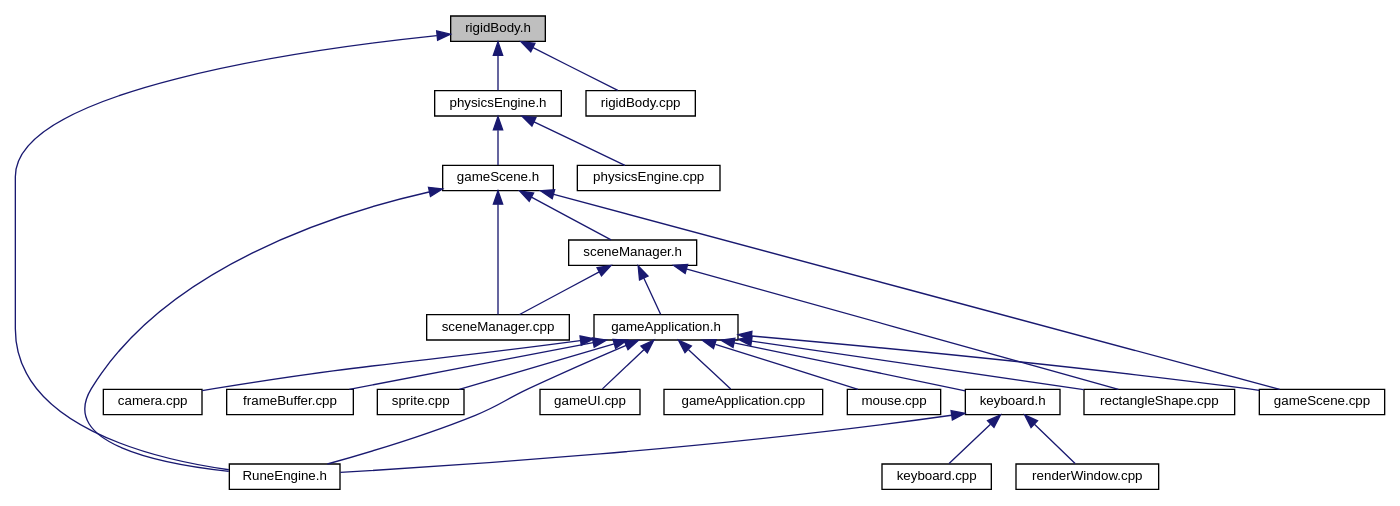
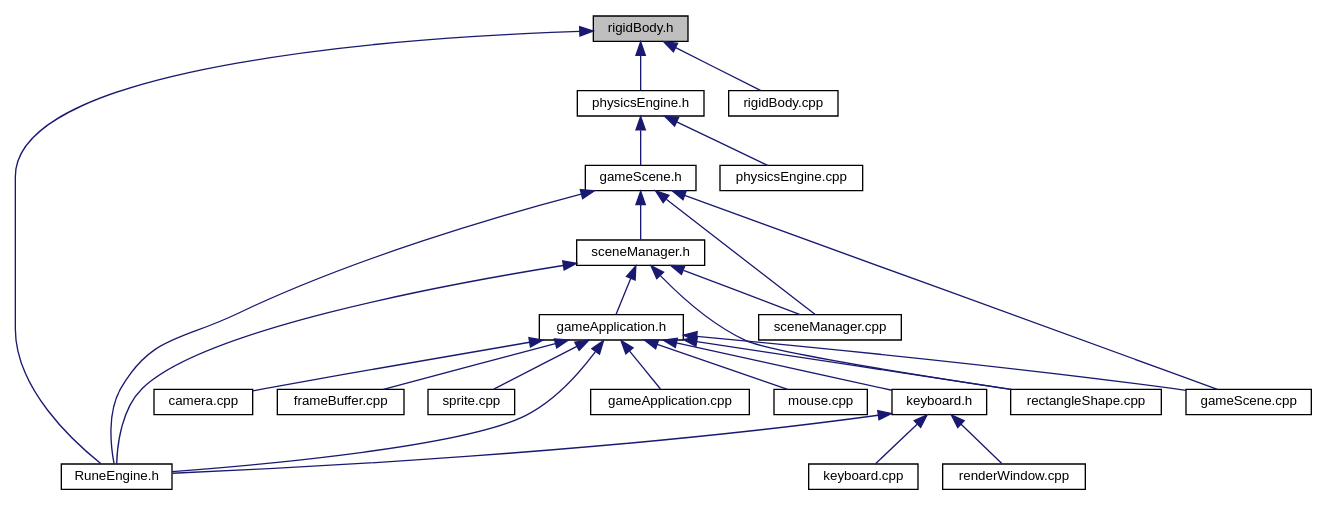
Before and after one commit to thomas-montano/RuneEngine: the diagram in docs/db/d73/rigidBody_8h__dep__incl.dot, drawn with Graphviz. The commit also changed 559 other files, not shown here.

```diff
--- a/docs/db/d73/rigidBody_8h__dep__incl.dot
+++ b/docs/db/d73/rigidBody_8h__dep__incl.dot
@@ -1,51 +1,50 @@
 digraph "rigidBody.h"
 {
  // LATEX_PDF_SIZE
   edge [fontname="Helvetica",fontsize="10",labelfontname="Helvetica",labelfontsize="10"];
   node [fontname="Helvetica",fontsize="10",shape=record];
   Node1 [label="rigidBody.h",height=0.2,width=0.4,color="black", fillcolor="grey75", style="filled", fontcolor="black",tooltip=" "];
   Node1 -> Node2 [dir="back",color="midnightblue",fontsize="10",style="solid",fontname="Helvetica"];
   Node2 [label="physicsEngine.h",height=0.2,width=0.4,color="black", fillcolor="white", style="filled",URL="$d5/dae/physicsEngine_8h.html",tooltip=" "];
   Node2 -> Node3 [dir="back",color="midnightblue",fontsize="10",style="solid",fontname="Helvetica"];
   Node3 [label="physicsEngine.cpp",height=0.2,width=0.4,color="black", fillcolor="white", style="filled",URL="$db/d0c/physicsEngine_8cpp.html",tooltip=" "];
   Node2 -> Node4 [dir="back",color="midnightblue",fontsize="10",style="solid",fontname="Helvetica"];
   Node4 [label="gameScene.h",height=0.2,width=0.4,color="black", fillcolor="white", style="filled",URL="$db/def/gameScene_8h.html",tooltip=" "];
   Node4 -> Node5 [dir="back",color="midnightblue",fontsize="10",style="solid",fontname="Helvetica"];
   Node5 [label="RuneEngine.h",height=0.2,width=0.4,color="black", fillcolor="white", style="filled",URL="$db/d33/RuneEngine_8h.html",tooltip=" "];
   Node4 -> Node6 [dir="back",color="midnightblue",fontsize="10",style="solid",fontname="Helvetica"];
   Node6 [label="gameScene.cpp",height=0.2,width=0.4,color="black", fillcolor="white", style="filled",URL="$d7/d59/gameScene_8cpp.html",tooltip=" "];
   Node4 -> Node7 [dir="back",color="midnightblue",fontsize="10",style="solid",fontname="Helvetica"];
   Node7 [label="sceneManager.h",height=0.2,width=0.4,color="black", fillcolor="white", style="filled",URL="$dc/dc7/sceneManager_8h.html",tooltip=" "];
   Node7 -> Node8 [dir="back",color="midnightblue",fontsize="10",style="solid",fontname="Helvetica"];
   Node8 [label="gameApplication.h",height=0.2,width=0.4,color="black", fillcolor="white", style="filled",URL="$d0/d4f/gameApplication_8h.html",tooltip=" "];
   Node8 -> Node9 [dir="back",color="midnightblue",fontsize="10",style="solid",fontname="Helvetica"];
-  Node9 [label="gameUI.cpp",height=0.2,width=0.4,color="black", fillcolor="white", style="filled",URL="$d9/dd1/gameUI_8cpp.html",tooltip=" "];
+  Node9 [label="gameApplication.cpp",height=0.2,width=0.4,color="black", fillcolor="white", style="filled",URL="$da/ded/gameApplication_8cpp.html",tooltip=" "];
   Node8 -> Node10 [dir="back",color="midnightblue",fontsize="10",style="solid",fontname="Helvetica"];
-  Node10 [label="gameApplication.cpp",height=0.2,width=0.4,color="black", fillcolor="white", style="filled",URL="$da/ded/gameApplication_8cpp.html",tooltip=" "];
-  Node8 -> Node11 [dir="back",color="midnightblue",fontsize="10",style="solid",fontname="Helvetica"];
-  Node11 [label="keyboard.h",height=0.2,width=0.4,color="black", fillcolor="white", style="filled",URL="$d6/da0/keyboard_8h.html",tooltip=" "];
-  Node11 -> Node12 [dir="back",color="midnightblue",fontsize="10",style="solid",fontname="Helvetica"];
-  Node12 [label="keyboard.cpp",height=0.2,width=0.4,color="black", fillcolor="white", style="filled",URL="$d7/df5/keyboard_8cpp.html",tooltip=" "];
-  Node11 -> Node13 [dir="back",color="midnightblue",fontsize="10",style="solid",fontname="Helvetica"];
-  Node13 [label="renderWindow.cpp",height=0.2,width=0.4,color="black", fillcolor="white", style="filled",URL="$d8/d5a/renderWindow_8cpp.html",tooltip=" "];
-  Node11 -> Node5 [dir="back",color="midnightblue",fontsize="10",style="solid",fontname="Helvetica"];
+  Node10 [label="keyboard.h",height=0.2,width=0.4,color="black", fillcolor="white", style="filled",URL="$d6/da0/keyboard_8h.html",tooltip=" "];
+  Node10 -> Node11 [dir="back",color="midnightblue",fontsize="10",style="solid",fontname="Helvetica"];
+  Node11 [label="keyboard.cpp",height=0.2,width=0.4,color="black", fillcolor="white", style="filled",URL="$d7/df5/keyboard_8cpp.html",tooltip=" "];
+  Node10 -> Node12 [dir="back",color="midnightblue",fontsize="10",style="solid",fontname="Helvetica"];
+  Node12 [label="renderWindow.cpp",height=0.2,width=0.4,color="black", fillcolor="white", style="filled",URL="$d8/d5a/renderWindow_8cpp.html",tooltip=" "];
+  Node10 -> Node5 [dir="back",color="midnightblue",fontsize="10",style="solid",fontname="Helvetica"];
+  Node8 -> Node13 [dir="back",color="midnightblue",fontsize="10",style="solid",fontname="Helvetica"];
+  Node13 [label="mouse.cpp",height=0.2,width=0.4,color="black", fillcolor="white", style="filled",URL="$d1/d75/mouse_8cpp.html",tooltip=" "];
   Node8 -> Node14 [dir="back",color="midnightblue",fontsize="10",style="solid",fontname="Helvetica"];
-  Node14 [label="mouse.cpp",height=0.2,width=0.4,color="black", fillcolor="white", style="filled",URL="$d1/d75/mouse_8cpp.html",tooltip=" "];
+  Node14 [label="camera.cpp",height=0.2,width=0.4,color="black", fillcolor="white", style="filled",URL="$d1/d6b/camera_8cpp.html",tooltip=" "];
   Node8 -> Node15 [dir="back",color="midnightblue",fontsize="10",style="solid",fontname="Helvetica"];
-  Node15 [label="camera.cpp",height=0.2,width=0.4,color="black", fillcolor="white", style="filled",URL="$d1/d6b/camera_8cpp.html",tooltip=" "];
+  Node15 [label="frameBuffer.cpp",height=0.2,width=0.4,color="black", fillcolor="white", style="filled",URL="$dc/d89/frameBuffer_8cpp.html",tooltip=" "];
   Node8 -> Node16 [dir="back",color="midnightblue",fontsize="10",style="solid",fontname="Helvetica"];
-  Node16 [label="frameBuffer.cpp",height=0.2,width=0.4,color="black", fillcolor="white", style="filled",URL="$dc/d89/frameBuffer_8cpp.html",tooltip=" "];
+  Node16 [label="rectangleShape.cpp",height=0.2,width=0.4,color="black", fillcolor="white", style="filled",URL="$d9/d31/rectangleShape_8cpp.html",tooltip=" "];
   Node8 -> Node17 [dir="back",color="midnightblue",fontsize="10",style="solid",fontname="Helvetica"];
-  Node17 [label="rectangleShape.cpp",height=0.2,width=0.4,color="black", fillcolor="white", style="filled",URL="$d9/d31/rectangleShape_8cpp.html",tooltip=" "];
-  Node8 -> Node18 [dir="back",color="midnightblue",fontsize="10",style="solid",fontname="Helvetica"];
-  Node18 [label="sprite.cpp",height=0.2,width=0.4,color="black", fillcolor="white", style="filled",URL="$dd/d14/sprite_8cpp.html",tooltip=" "];
+  Node17 [label="sprite.cpp",height=0.2,width=0.4,color="black", fillcolor="white", style="filled",URL="$dd/d14/sprite_8cpp.html",tooltip=" "];
   Node8 -> Node5 [dir="back",color="midnightblue",fontsize="10",style="solid",fontname="Helvetica"];
   Node8 -> Node6 [dir="back",color="midnightblue",fontsize="10",style="solid",fontname="Helvetica"];
-  Node7 -> Node17 [dir="back",color="midnightblue",fontsize="10",style="solid",fontname="Helvetica"];
-  Node7 -> Node19 [dir="back",color="midnightblue",fontsize="10",style="solid",fontname="Helvetica"];
-  Node19 [label="sceneManager.cpp",height=0.2,width=0.4,color="black", fillcolor="white", style="filled",URL="$d3/d10/sceneManager_8cpp.html",tooltip=" "];
-  Node4 -> Node19 [dir="back",color="midnightblue",fontsize="10",style="solid",fontname="Helvetica"];
-  Node1 -> Node20 [dir="back",color="midnightblue",fontsize="10",style="solid",fontname="Helvetica"];
-  Node20 [label="rigidBody.cpp",height=0.2,width=0.4,color="black", fillcolor="white", style="filled",URL="$d6/ddc/rigidBody_8cpp.html",tooltip=" "];
+  Node7 -> Node16 [dir="back",color="midnightblue",fontsize="10",style="solid",fontname="Helvetica"];
+  Node7 -> Node5 [dir="back",color="midnightblue",fontsize="10",style="solid",fontname="Helvetica"];
+  Node7 -> Node18 [dir="back",color="midnightblue",fontsize="10",style="solid",fontname="Helvetica"];
+  Node18 [label="sceneManager.cpp",height=0.2,width=0.4,color="black", fillcolor="white", style="filled",URL="$d3/d10/sceneManager_8cpp.html",tooltip=" "];
+  Node4 -> Node18 [dir="back",color="midnightblue",fontsize="10",style="solid",fontname="Helvetica"];
+  Node1 -> Node19 [dir="back",color="midnightblue",fontsize="10",style="solid",fontname="Helvetica"];
+  Node19 [label="rigidBody.cpp",height=0.2,width=0.4,color="black", fillcolor="white", style="filled",URL="$d6/ddc/rigidBody_8cpp.html",tooltip=" "];
   Node1 -> Node5 [dir="back",color="midnightblue",fontsize="10",style="solid",fontname="Helvetica"];
 }
```
